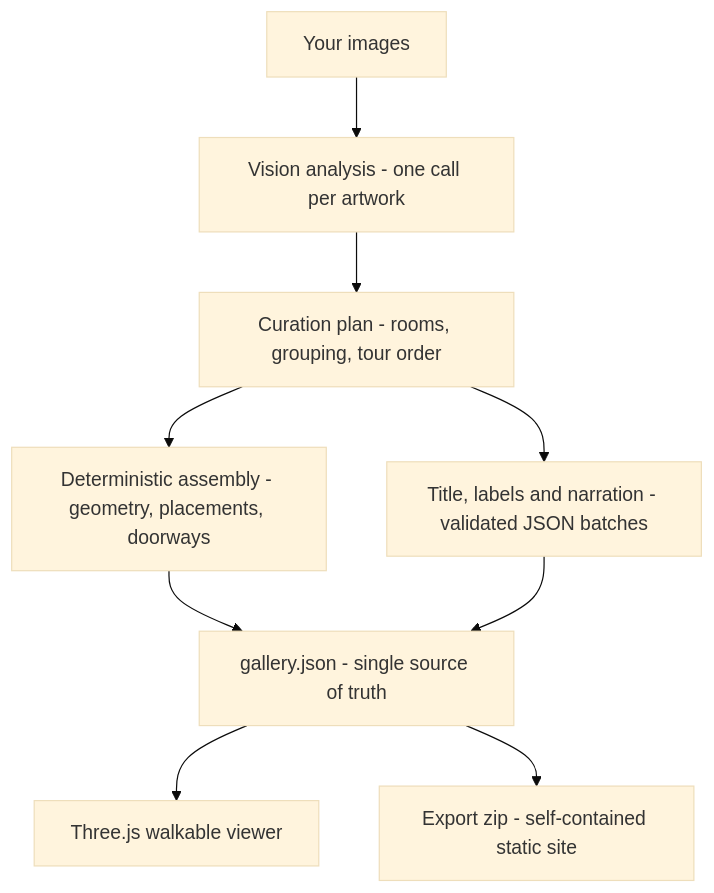
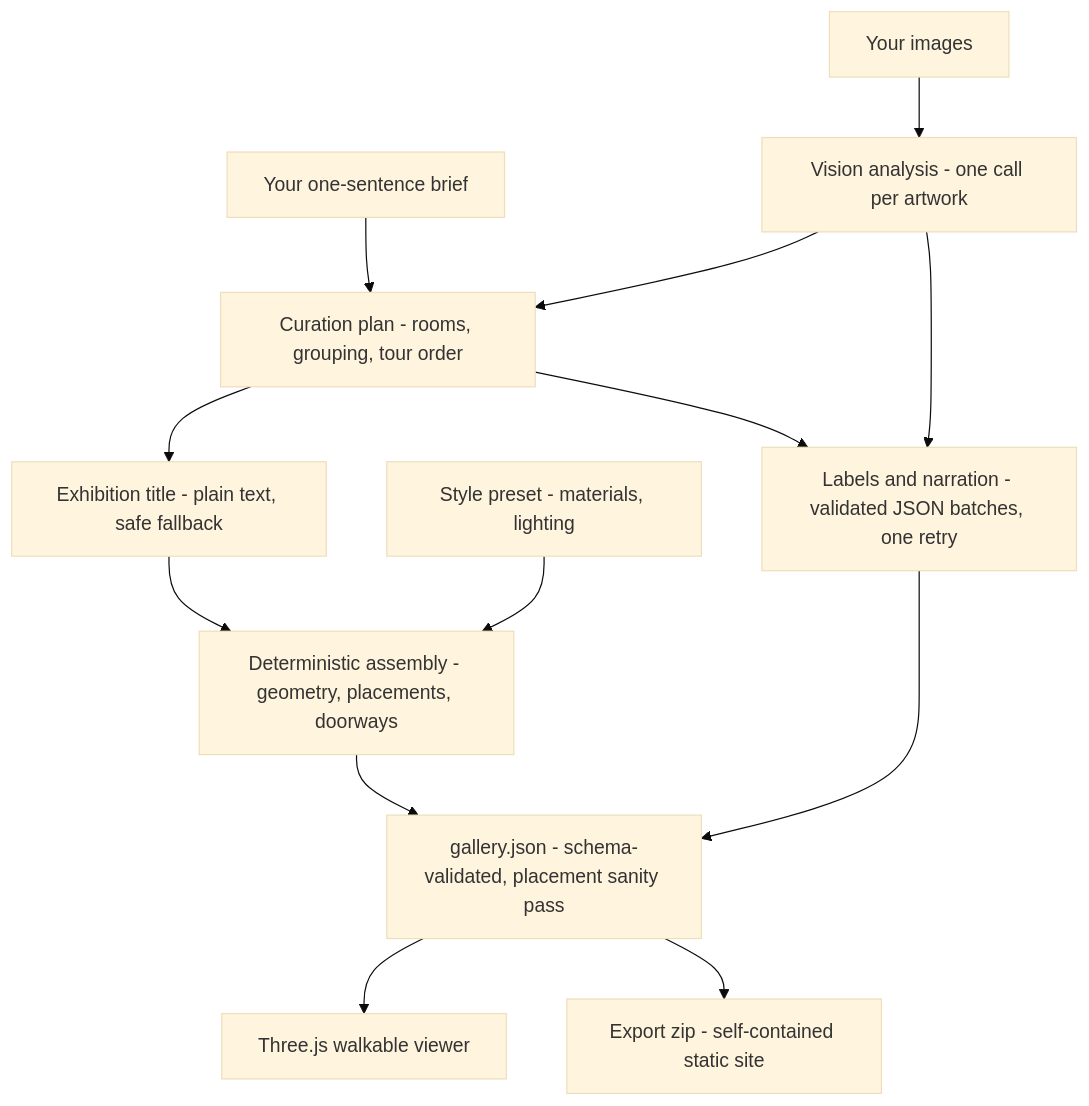
Before and after one commit to HuiYingChung/Openhall: the diagram in README.md, drawn with Mermaid (base theme). The commit also changed other lines of this file, not shown here.

Commit message:
docs: pipeline diagram matches the code it describes
Huiying asked for the flowchart to be verified against the source. Four
corrections: the one-sentence brief and the style preset are real
inputs and now appear (brief feeds curation, preset feeds assembly);
the exhibition title is plain text with a fallback, not part of the
validated-JSON batches (per today's fix), and it flows INTO assembly as
the shell's title; analyses feed the label prompts directly, not only
through the plan; and the placement sanity pass that runs before the
viewer is no longer omitted. The prose claim that every LLM output is
validated JSON was corrected to name the title exception.

````diff
--- a/README.md
+++ b/README.md
@@ -60,11 +60,15 @@
 ```mermaid
 flowchart TD
     A[Your images] --> B[Vision analysis - one call per artwork]
+    BR[Your one-sentence brief] --> C
     B --> C[Curation plan - rooms, grouping, tour order]
-    C --> D[Deterministic assembly - geometry, placements, doorways]
-    C --> E[Title, labels and narration - validated JSON batches]
-    D --> F[gallery.json - single source of truth]
+    C --> T[Exhibition title - plain text, safe fallback]
+    T --> D
+    P[Style preset - materials, lighting] --> D[Deterministic assembly - geometry, placements, doorways]
+    C --> E[Labels and narration - validated JSON batches, one retry]
+    B --> E
+    D --> F[gallery.json - schema-validated, placement sanity pass]
     E --> F
     F --> G[Three.js walkable viewer]
     F --> H[Export zip - self-contained static site]
 ```
````
